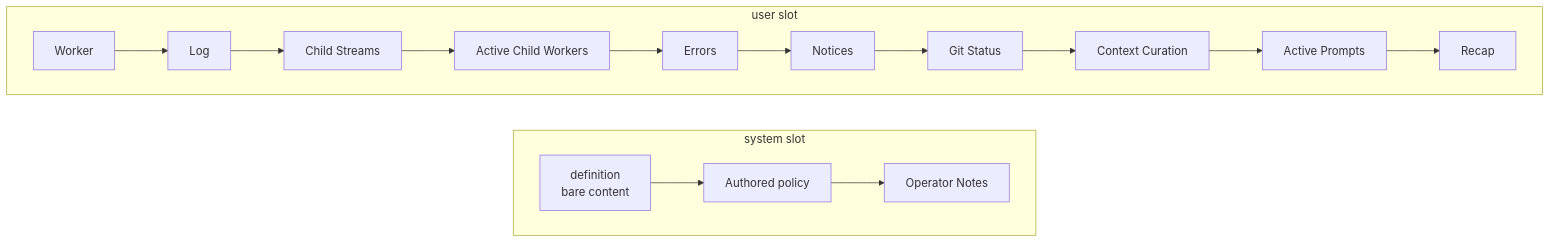
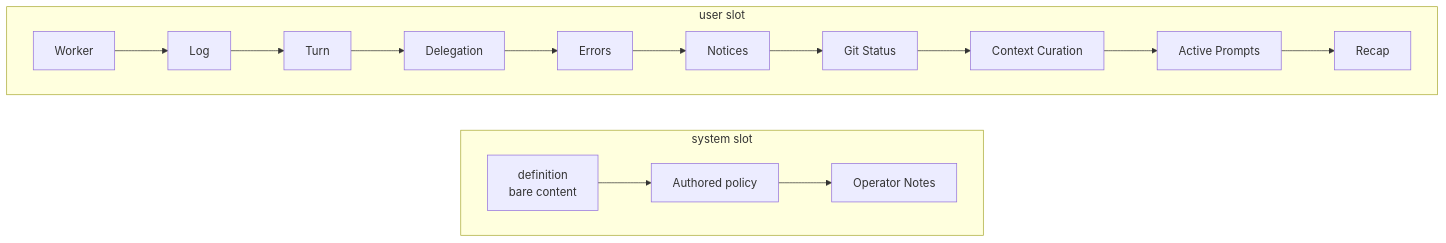
The diagram in plurnk-plurnkdown/SPEC.md (plurnk/plurnk-service), drawn with Mermaid before and after one commit. The commit also changed other lines of this file and 13 other files, not shown here.

Commit message:
feat(packet): one delegation section lists live workers and streams (#621)

````diff
--- a/plurnk-plurnkdown/SPEC.md
+++ b/plurnk-plurnkdown/SPEC.md
@@ -28,21 +28,21 @@
 ```mermaid
 flowchart LR
     subgraph system[system slot]
         direction LR
         definition["definition<br/>bare content"] --> policy["Authored policy"]
         policy --> notes["Operator Notes"]
     end
 
     subgraph user[user slot]
         direction LR
         worker["Worker"] --> log["Log"]
-        log --> streams["Child Streams"]
-        streams --> workers["Active Child Workers"]
-        workers --> errors["Errors"]
+        log --> turn["Turn"]
+        turn --> delegation["Delegation"]
+        delegation --> errors["Errors"]
         errors --> notices["Notices"]
         notices --> git["Git Status"]
         git --> budget["Context Curation"]
         budget --> prompts["Active Prompts"]
         prompts --> recap["Recap"]
     end
 ```
````
